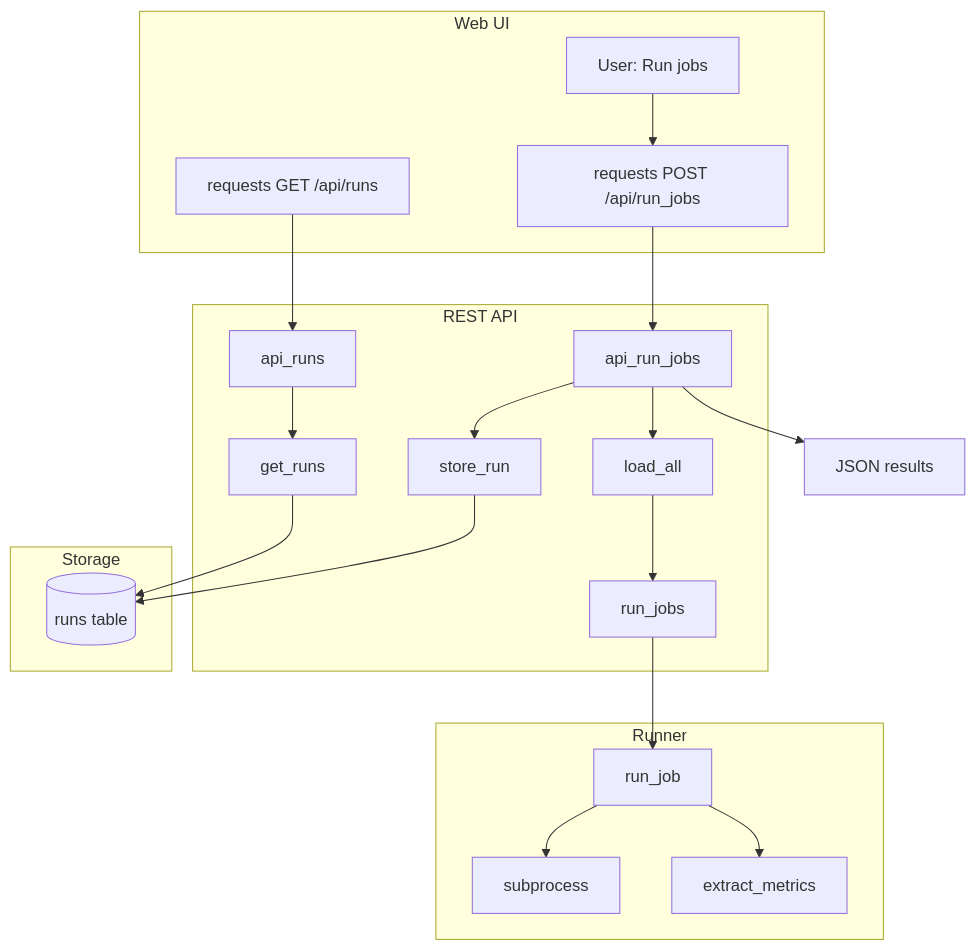
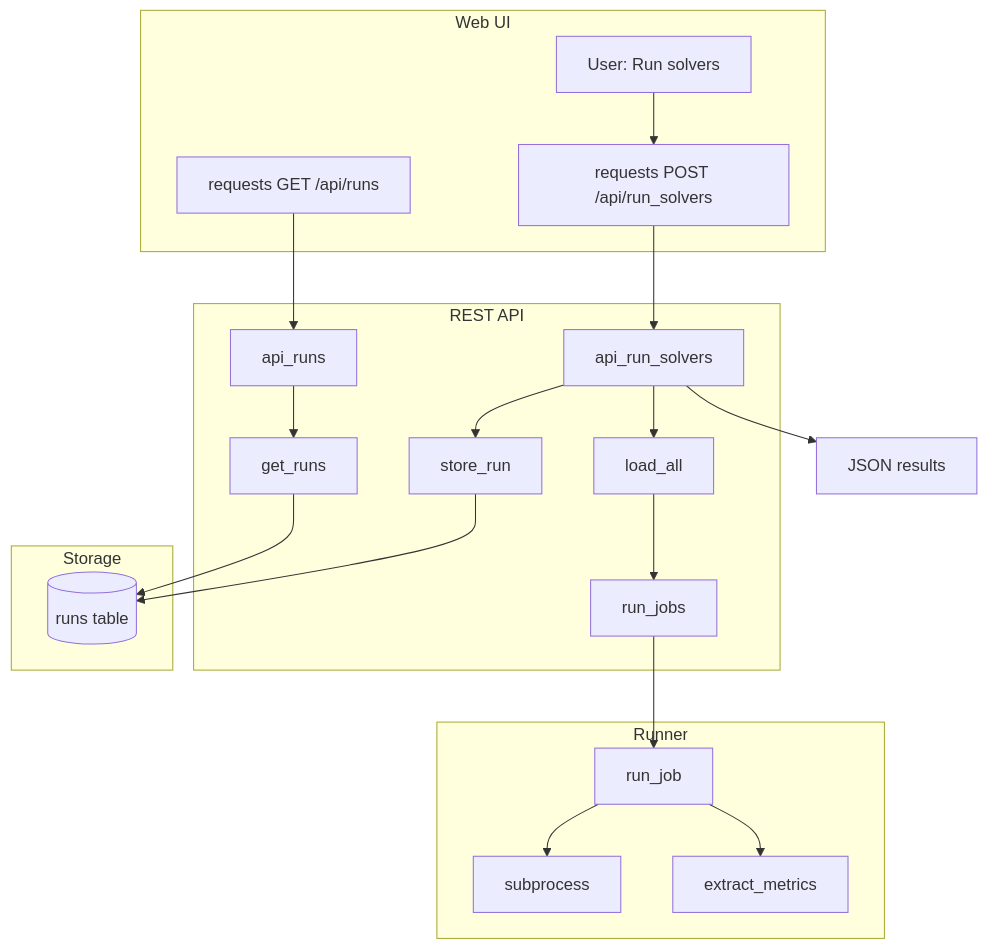
The third of 3 diagrams in docs/architecture.md (fractalclockwork/hpc-runner), drawn with Mermaid before and after one commit. The commit also changed other lines of this file and 42 other files, not shown here.

````diff
--- a/docs/architecture.md
+++ b/docs/architecture.md
@@ -126,37 +126,37 @@
 ```mermaid
 flowchart TB
     subgraph UI["Web UI"]
-        A[User: Run jobs]
-        B["requests POST /api/run_jobs"]
+        A[User: Run solvers]
+        B["requests POST /api/run_solvers"]
         C["requests GET /api/runs"]
     end
     subgraph API["REST API"]
-        D[api_run_jobs]
+        D[api_run_solvers]
         E[load_all]
         F[run_jobs]
         G[store_run]
         H[api_runs]
         I[get_runs]
     end
     subgraph Runner["Runner"]
         J[run_job]
         K[subprocess]
         L[extract_metrics]
     end
     subgraph Storage["Storage"]
         M[(runs table)]
     end
     A --> B
     B --> D
     D --> E
     E --> F
     F --> J
     J --> K
     J --> L
     D --> G
     G --> M
     D --> R["JSON results"]
     C --> H
     H --> I
     I --> M
 ```
````
